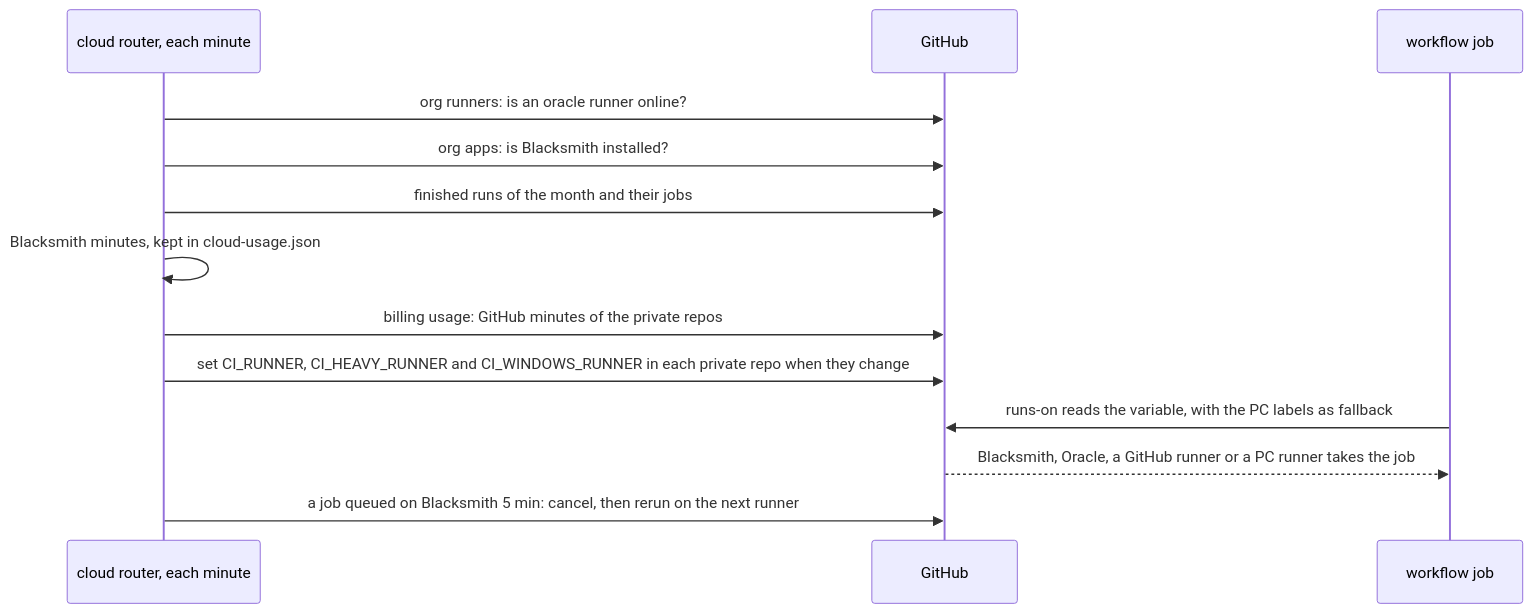
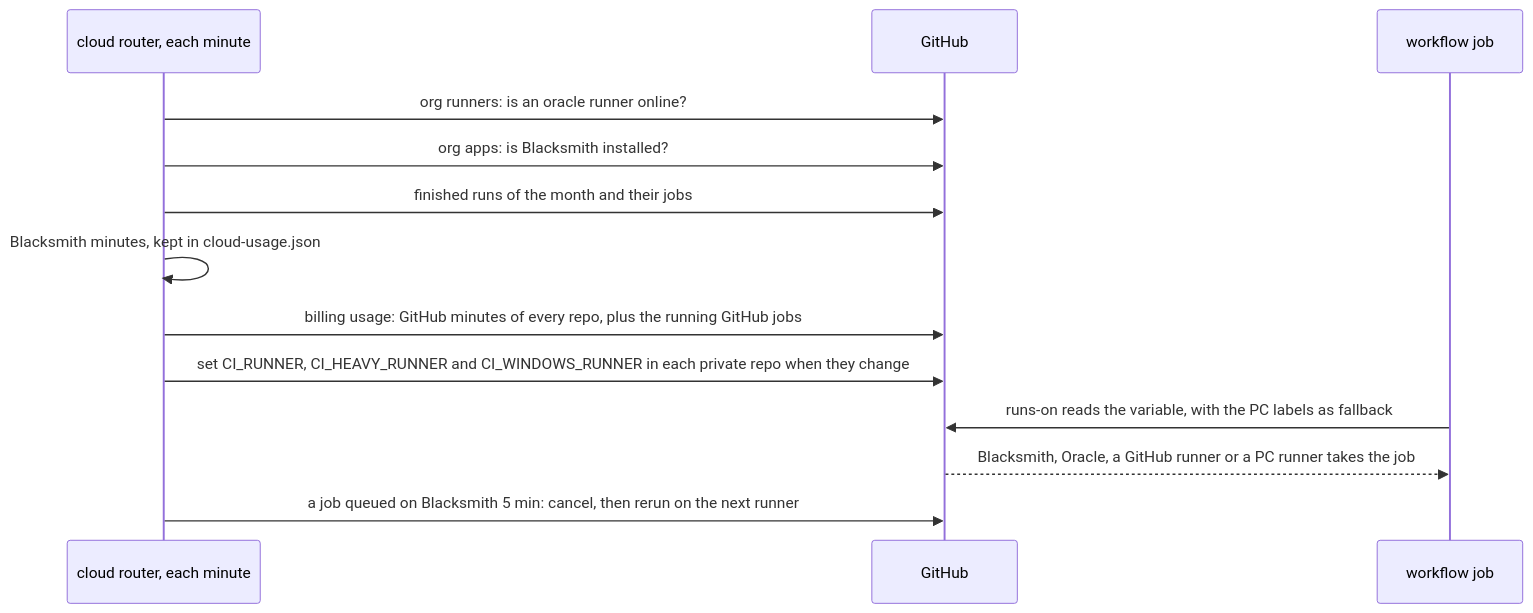
Before and after one commit to workbench-soft/local-ci: the third of 5 diagrams in docs/architecture.md, drawn with Mermaid. The commit also changed 8 other files, not shown here.

First line of the commit message:
Cloud router: count GitHub minutes org-wide with a margin (#102)

````diff
--- a/docs/architecture.md
+++ b/docs/architecture.md
@@ -83,15 +83,15 @@
 ```mermaid
 sequenceDiagram
   participant R as cloud router, each minute
   participant G as GitHub
   participant W as workflow job
   R->>G: org runners: is an oracle runner online?
   R->>G: org apps: is Blacksmith installed?
   R->>G: finished runs of the month and their jobs
   R->>R: Blacksmith minutes, kept in cloud-usage.json
-  R->>G: billing usage: GitHub minutes of the private repos
+  R->>G: billing usage: GitHub minutes of every repo, plus the running GitHub jobs
   R->>G: set CI_RUNNER, CI_HEAVY_RUNNER and CI_WINDOWS_RUNNER in each private repo when they change
   W->>G: runs-on reads the variable, with the PC labels as fallback
   G-->>W: Blacksmith, Oracle, a GitHub runner or a PC runner takes the job
   R->>G: a job queued on Blacksmith 5 min: cancel, then rerun on the next runner
 ```
````
